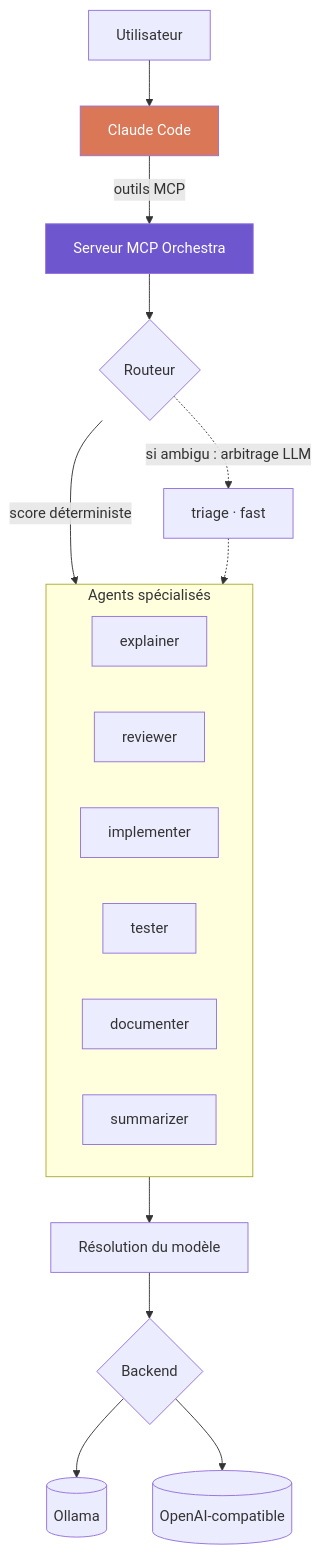
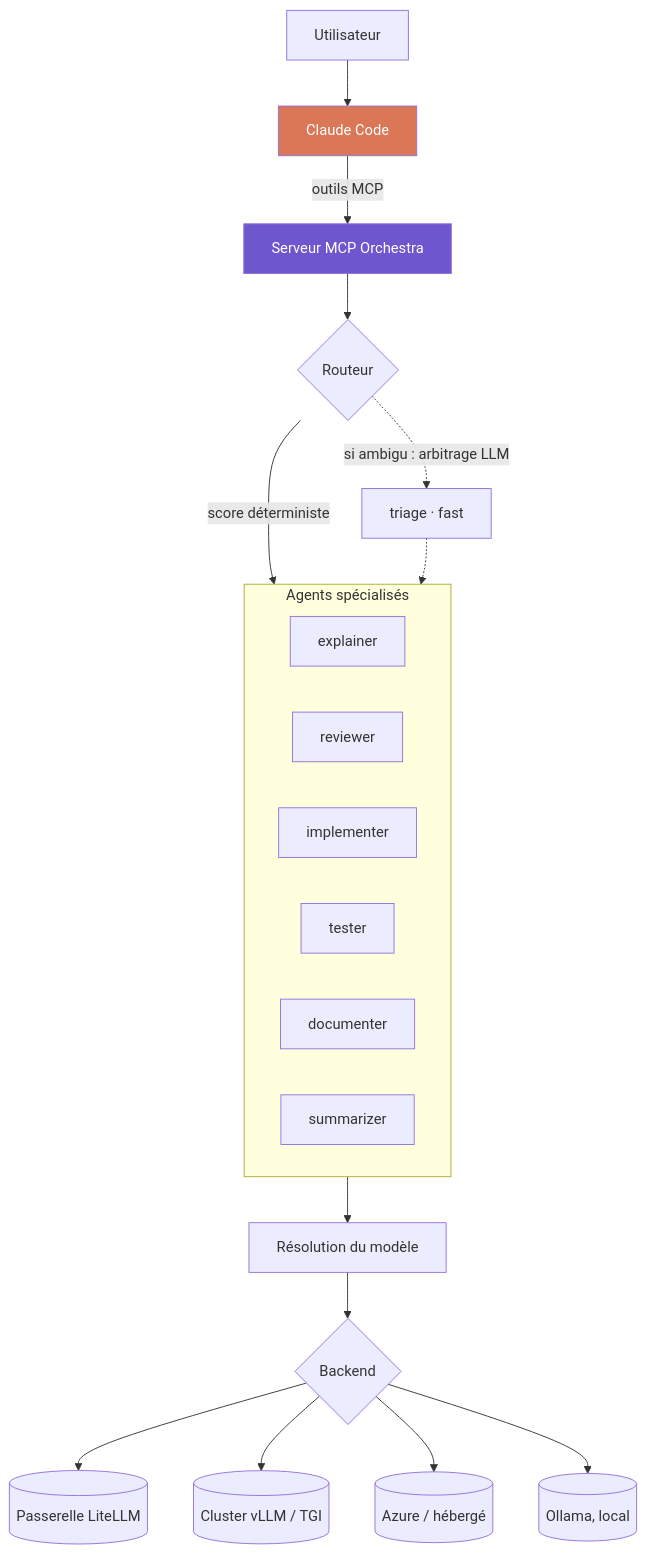
The diagram in README.fr.md (MMatice/orchestra), drawn with Mermaid before and after one commit. The commit also changed other lines of this file and 7 other files, not shown here.

````diff
--- a/README.fr.md
+++ b/README.fr.md
@@ -59,28 +64,30 @@
 ```mermaid
 flowchart TB
     U[Utilisateur] --> C[Claude Code]
     C -->|outils MCP| O[Serveur MCP Orchestra]
 
     O --> R{Routeur}
     R -->|score déterministe| A
     R -.->|si ambigu : arbitrage LLM| T[triage · fast]
     T -.-> A
 
     subgraph A[Agents spécialisés]
         direction LR
         A1[explainer]
         A2[reviewer]
         A3[implementer]
         A4[tester]
         A5[documenter]
         A6[summarizer]
     end
 
     A --> P[Résolution du modèle]
     P --> B{Backend}
-    B --> B1[(Ollama)]
-    B --> B2[(OpenAI-compatible)]
+    B --> B1[(Passerelle LiteLLM)]
+    B --> B2[(Cluster vLLM / TGI)]
+    B --> B3[(Azure / hébergé)]
+    B --> B4[(Ollama, local)]
 
     style C fill:#D97757,color:#fff
     style O fill:#6E56CF,color:#fff
 ```
````
